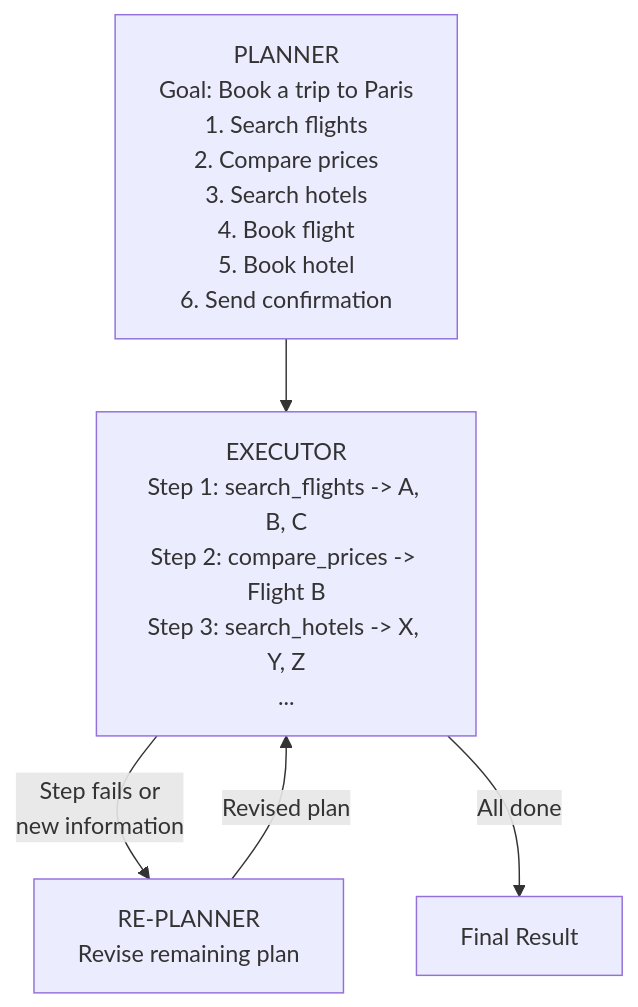
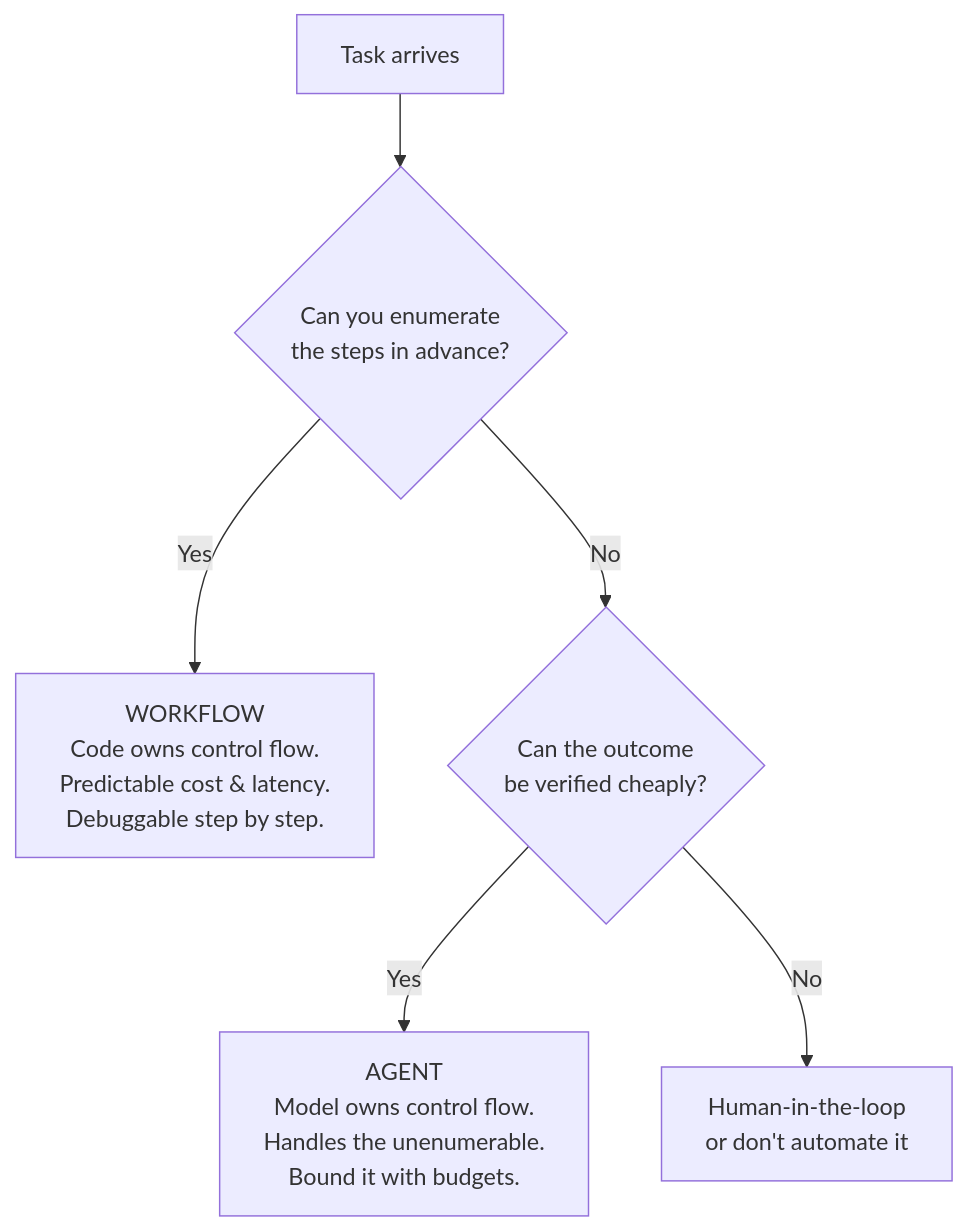
One commit to binarydevelop/system-design-patterns changed the first of 4 diagrams in 16-llm-systems/02-orchestration-patterns.md. Above: the diagram before and after it, drawn with Mermaid. The commit also changed other lines of this file and 11 other files, not shown here.

````diff
--- a/16-llm-systems/02-orchestration-patterns.md
+++ b/16-llm-systems/02-orchestration-patterns.md
@@ -397,10 +11,8 @@
 ```mermaid
 graph TD
-    PLANNER["PLANNER<br/>Goal: Book a trip to Paris<br/>1. Search flights<br/>2. Compare prices<br/>3. Search hotels<br/>4. Book flight<br/>5. Book hotel<br/>6. Send confirmation"]
-
-    PLANNER --> EXECUTOR["EXECUTOR<br/>Step 1: search_flights -> A, B, C<br/>Step 2: compare_prices -> Flight B<br/>Step 3: search_hotels -> X, Y, Z<br/>..."]
-
-    EXECUTOR -->|Step fails or<br/>new information| REPLANNER["RE-PLANNER<br/>Revise remaining plan"]
-    REPLANNER -->|Revised plan| EXECUTOR
-    EXECUTOR -->|All done| RESULT["Final Result"]
+    TASK["Task arrives"] --> Q1{"Can you enumerate<br/>the steps in advance?"}
+    Q1 -->|Yes| WF["WORKFLOW<br/>Code owns control flow.<br/>Predictable cost & latency.<br/>Debuggable step by step."]
+    Q1 -->|No| Q2{"Can the outcome<br/>be verified cheaply?"}
+    Q2 -->|Yes| AG["AGENT<br/>Model owns control flow.<br/>Handles the unenumerable.<br/>Bound it with budgets."]
+    Q2 -->|No| HITL["Human-in-the-loop<br/>or don't automate it"]
 ```
````
